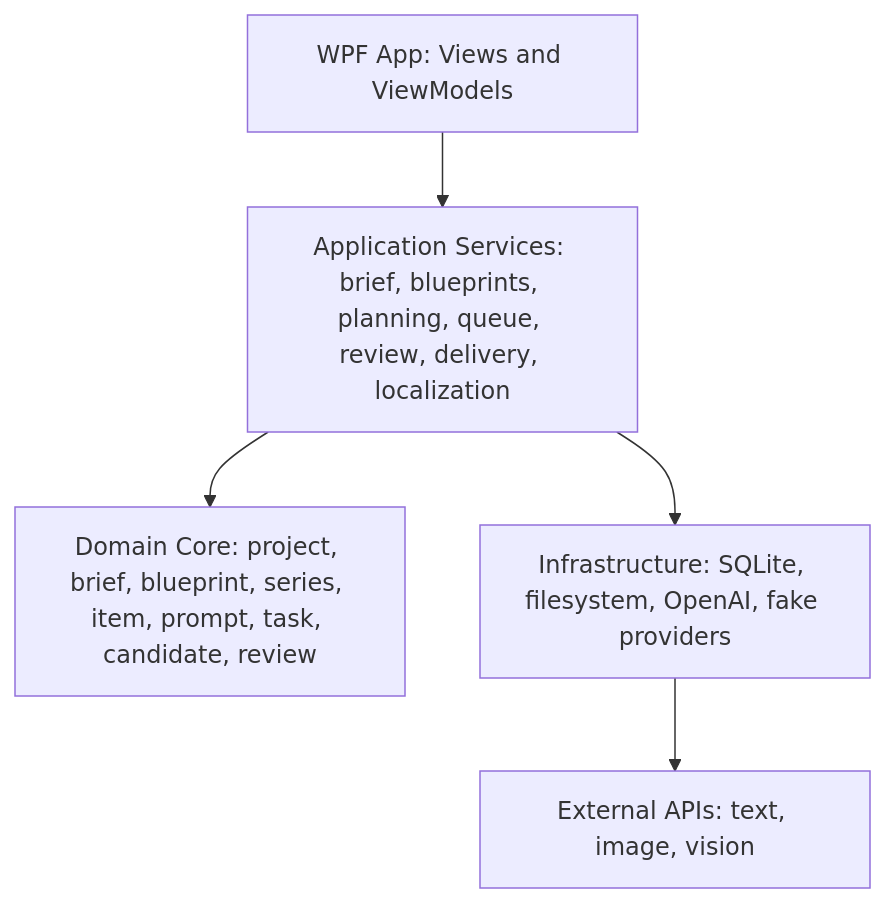
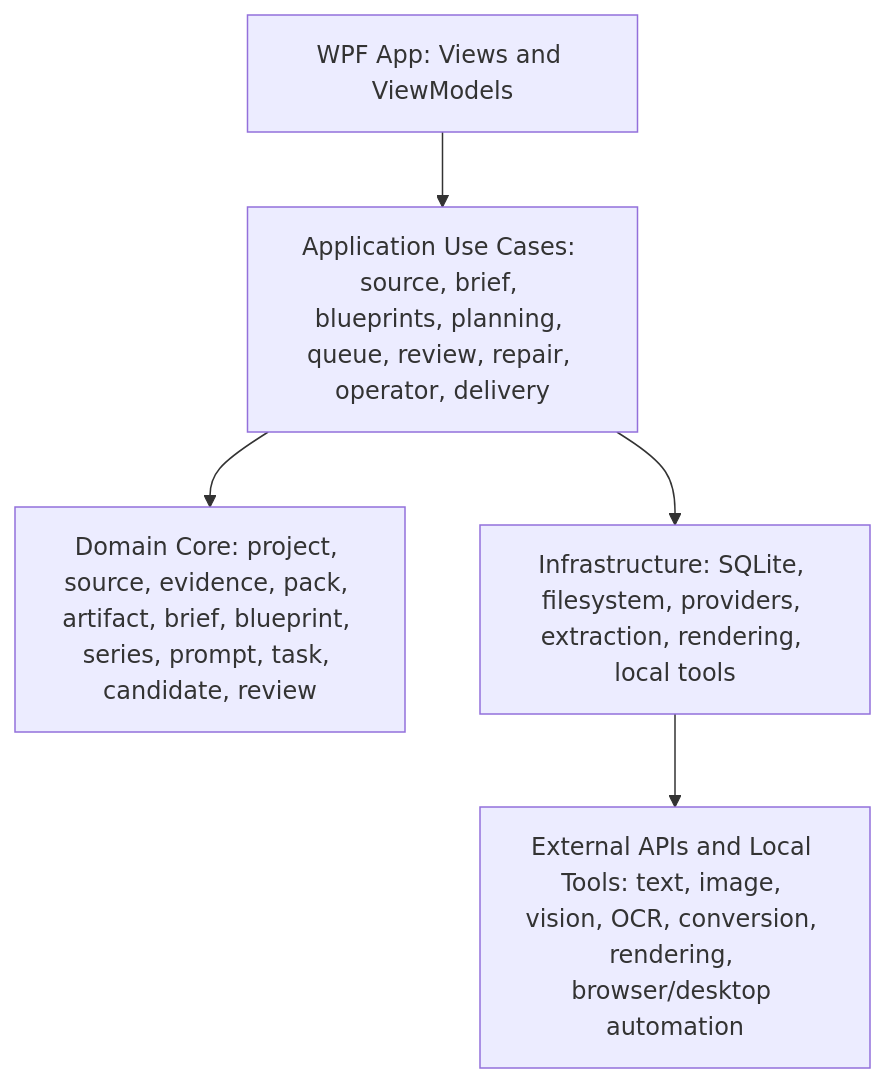
Before and after one commit to sciman-top/ai-content-delivery-studio: the first of 3 diagrams in docs/ARCHITECTURE.md, drawn with Mermaid. The commit also changed other lines of this file and 6 other files, not shown here.

Commit message:
Expand docs for multimodal delivery and pack-driven UI

````diff
--- a/docs/ARCHITECTURE.md
+++ b/docs/ARCHITECTURE.md
@@ -30,13 +35,13 @@
 ```mermaid
 flowchart TB
     UI["WPF App: Views and ViewModels"]
-    APP["Application Services: brief, blueprints, planning, queue, review, delivery, localization"]
-    CORE["Domain Core: project, brief, blueprint, series, item, prompt, task, candidate, review"]
-    INFRA["Infrastructure: SQLite, filesystem, OpenAI, fake providers"]
-    EXT["External APIs: text, image, vision"]
+    APP["Application Use Cases: source, brief, blueprints, planning, queue, review, repair, operator, delivery"]
+    CORE["Domain Core: project, source, evidence, pack, artifact, brief, blueprint, series, prompt, task, candidate, review"]
+    INFRA["Infrastructure: SQLite, filesystem, providers, extraction, rendering, local tools"]
+    EXT["External APIs and Local Tools: text, image, vision, OCR, conversion, rendering, browser/desktop automation"]
 
     UI --> APP
     APP --> CORE
     APP --> INFRA
     INFRA --> EXT
 ```
````
